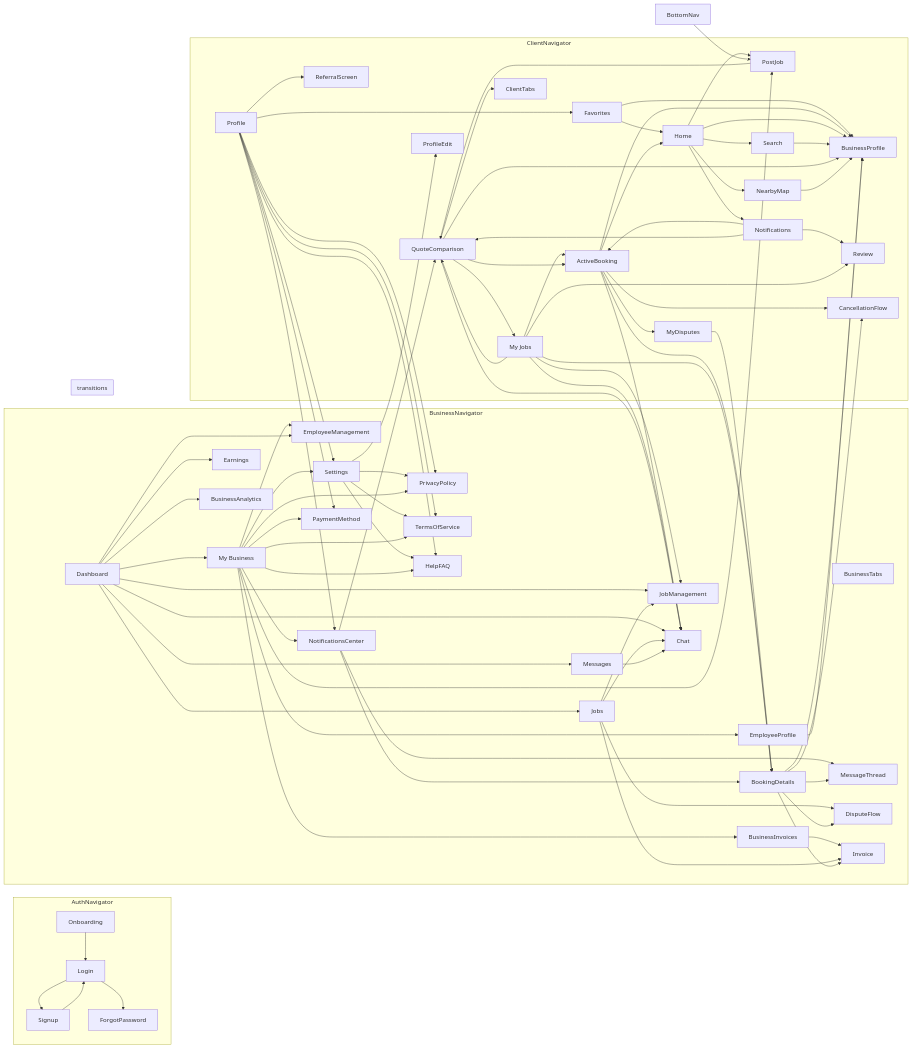
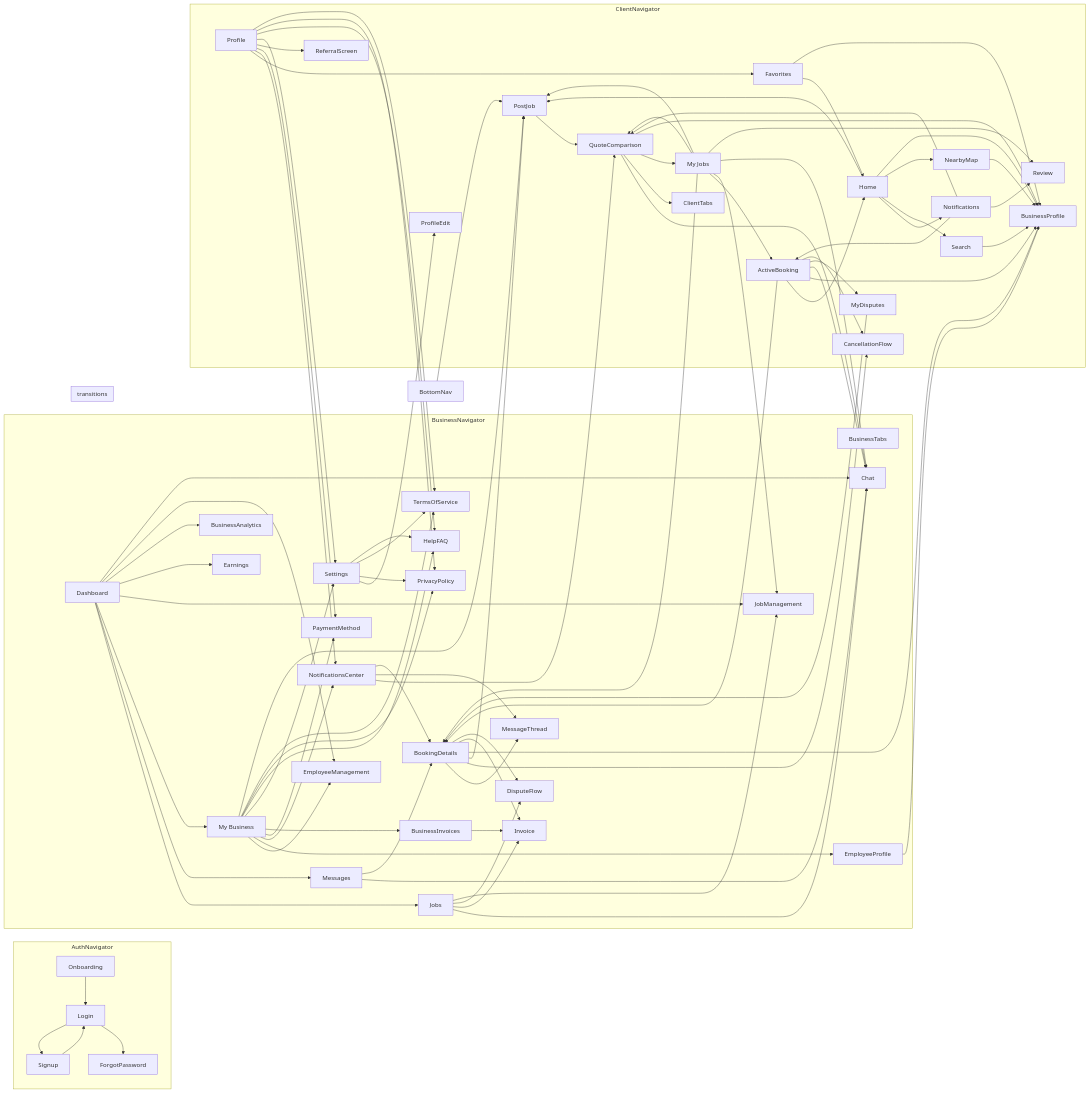
One commit to 4alkubati/SWINGBY changed the diagram in docs/FLOW_GRAPH.md. Above: the diagram before and after it, drawn with Mermaid. The commit also changed other lines of this file and 1 other file, not shown here.

Commit message:
chore(flow-graph): regenerate after branch collapse
0 broken edges, 0 orphans, 0 broken api.

````diff
--- a/docs/FLOW_GRAPH.md
+++ b/docs/FLOW_GRAPH.md
@@ -138,20 +138,22 @@
   My_Jobs --> QuoteComparison
   My_Jobs --> Chat
   My_Jobs --> BookingDetails
+  My_Jobs --> PostJob
   My_Jobs --> Review
   Search --> BusinessProfile
-  QuoteComparison --> ActiveBooking
+  QuoteComparison --> Chat
   QuoteComparison --> ClientTabs
   QuoteComparison --> My_Jobs
   QuoteComparison --> BusinessProfile
-  QuoteComparison --> Chat
   NearbyMap --> BusinessProfile
   PostJob --> QuoteComparison
   BookingDetails --> MessageThread
   BookingDetails --> CancellationFlow
+  BookingDetails --> PostJob
   BookingDetails --> BusinessProfile
   BookingDetails --> Invoice
   BookingDetails --> DisputeFlow
   Messages --> Chat
+  Messages --> BookingDetails
   BottomNav --> PostJob
 ```
````
